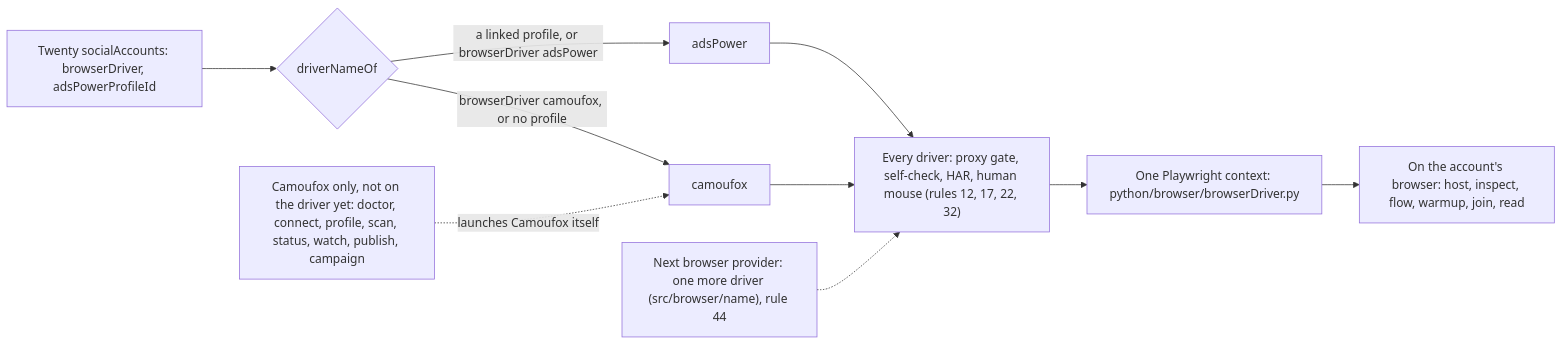
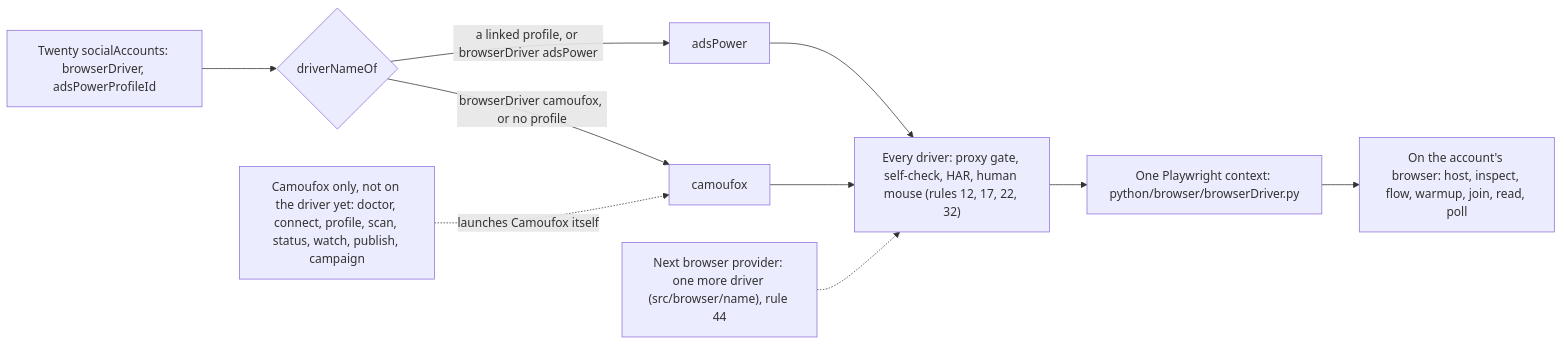
Before and after one commit to matthewdonsemail-lab/log: the diagram in docs/diagrams/browsers.mmd, drawn with Mermaid. The commit also changed 349 other files, not shown here.

Commit message:
feat: the platform comes first, log <platform> <command> …, in every command; log facebook poll replaces read --worker (rule 63)

```diff
--- a/docs/diagrams/browsers.mmd
+++ b/docs/diagrams/browsers.mmd
@@ -1,18 +1,18 @@
 %% The browser layer. log-cli is browser-agnostic: each account's browser is a driver picked from Twenty, AdsPower first, and every driver opens through the same gates. From `BROWSER_DRIVERS` (`src/browser/driver`) and `commandBrowser` (`src/browser/run`).
 %% Written by `bun run docs:build` from the code (rule 56). Not edited by hand.
 flowchart LR
   twenty["Twenty socialAccounts: browserDriver, adsPowerProfileId"]
   pick{"driverNameOf"}
   gates["Every driver: proxy gate, self-check, HAR, human mouse (rules 12, 17, 22, 32)"]
   session["One Playwright context: python/browser/browserDriver.py"]
   twenty --> pick
   pick -->|"browserDriver camoufox, or no profile"| d_camoufox["camoufox"]
   pick -->|"a linked profile, or browserDriver adsPower"| d_adsPower["adsPower"]
   d_camoufox --> gates
   d_adsPower --> gates
   more["Next browser provider: one more driver (src/browser/name), rule 44"] -.-> gates
   gates --> session
-  account["On the account's browser: host, inspect, flow, warmup, join, read"]
+  account["On the account's browser: host, inspect, flow, warmup, join, read, poll"]
   camoufox["Camoufox only, not on the driver yet: doctor, connect, profile, scan, status, watch, publish, campaign"]
   session --> account
   camoufox -.->|"launches Camoufox itself"| d_camoufox
```
